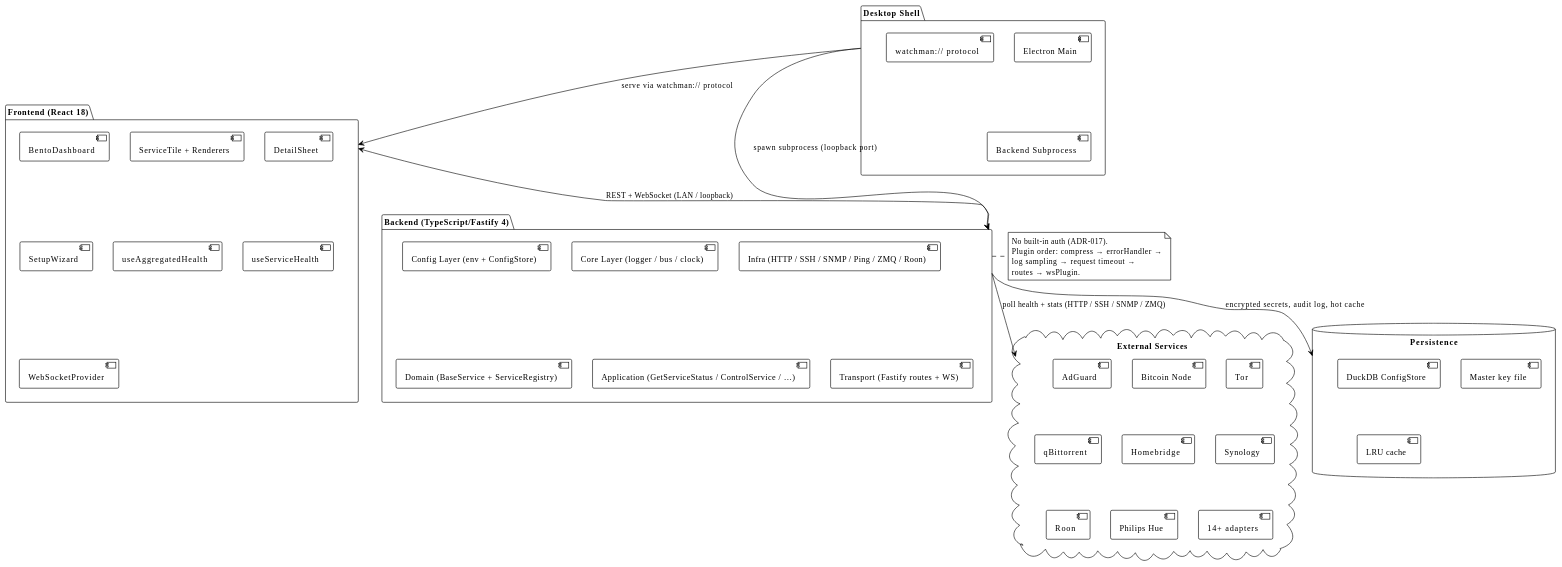
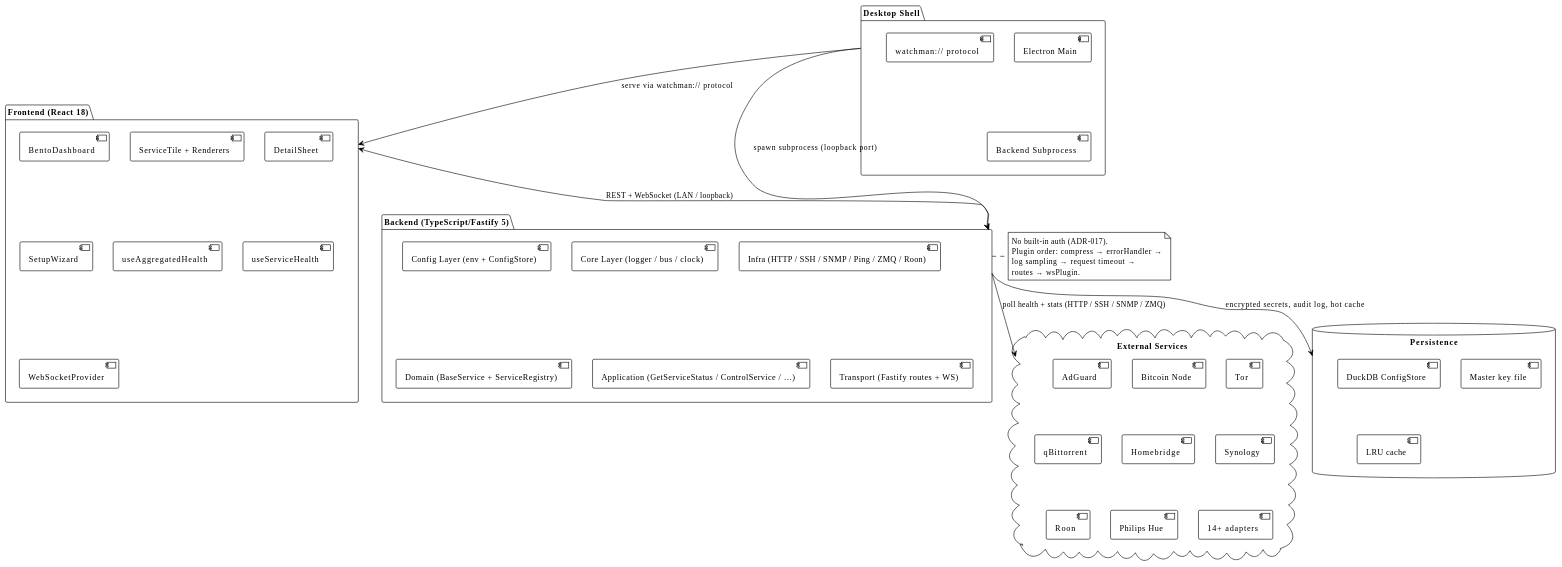
The second of 5 diagrams in docs/INDEX.md (EraPartner/Watchman), drawn with PlantUML before and after one commit. The commit also changed other lines of this file and 32 other files, not shown here.

````diff
--- a/docs/INDEX.md
+++ b/docs/INDEX.md
@@ -238,61 +238,61 @@
 ```plantuml
 @startuml
 !theme plain
 
 package "Desktop Shell" as DT {
     [Electron Main]
     [watchman:// protocol]
     [Backend Subprocess]
 }
 
 package "Frontend (React 18)" as FE {
     [BentoDashboard]
     [ServiceTile + Renderers]
     [DetailSheet]
     [SetupWizard]
     [useAggregatedHealth]
     [useServiceHealth]
     [WebSocketProvider]
 }
 
-package "Backend (TypeScript/Fastify 4)" as BE {
+package "Backend (TypeScript/Fastify 5)" as BE {
     [Config Layer (env + ConfigStore)]
     [Core Layer (logger / bus / clock)]
     [Infra (HTTP / SSH / SNMP / Ping / ZMQ / Roon)]
     [Domain (BaseService + ServiceRegistry)]
     [Application (GetServiceStatus / ControlService / …)]
     [Transport (Fastify routes + WS)]
 }
 
 database "Persistence" as DATA {
     [DuckDB ConfigStore]
     [Master key file]
     [LRU cache]
 }
 
 cloud "External Services" as Ext {
     [AdGuard]
     [Bitcoin Node]
     [Tor]
     [qBittorrent]
     [Homebridge]
     [Synology]
     [Roon]
     [Philips Hue]
     [14+ adapters]
 }
 
 DT --> BE : spawn subprocess (loopback port)
 DT --> FE : serve via watchman:// protocol
 FE <--> BE : REST + WebSocket (LAN / loopback)
 BE --> DATA : encrypted secrets, audit log, hot cache
 BE --> Ext : poll health + stats (HTTP / SSH / SNMP / ZMQ)
 
 note right of BE
   No built-in auth (ADR-017).
   Plugin order: compress → errorHandler →
   log sampling → request timeout →
   routes → wsPlugin.
 end note
 @enduml
 ```
````
